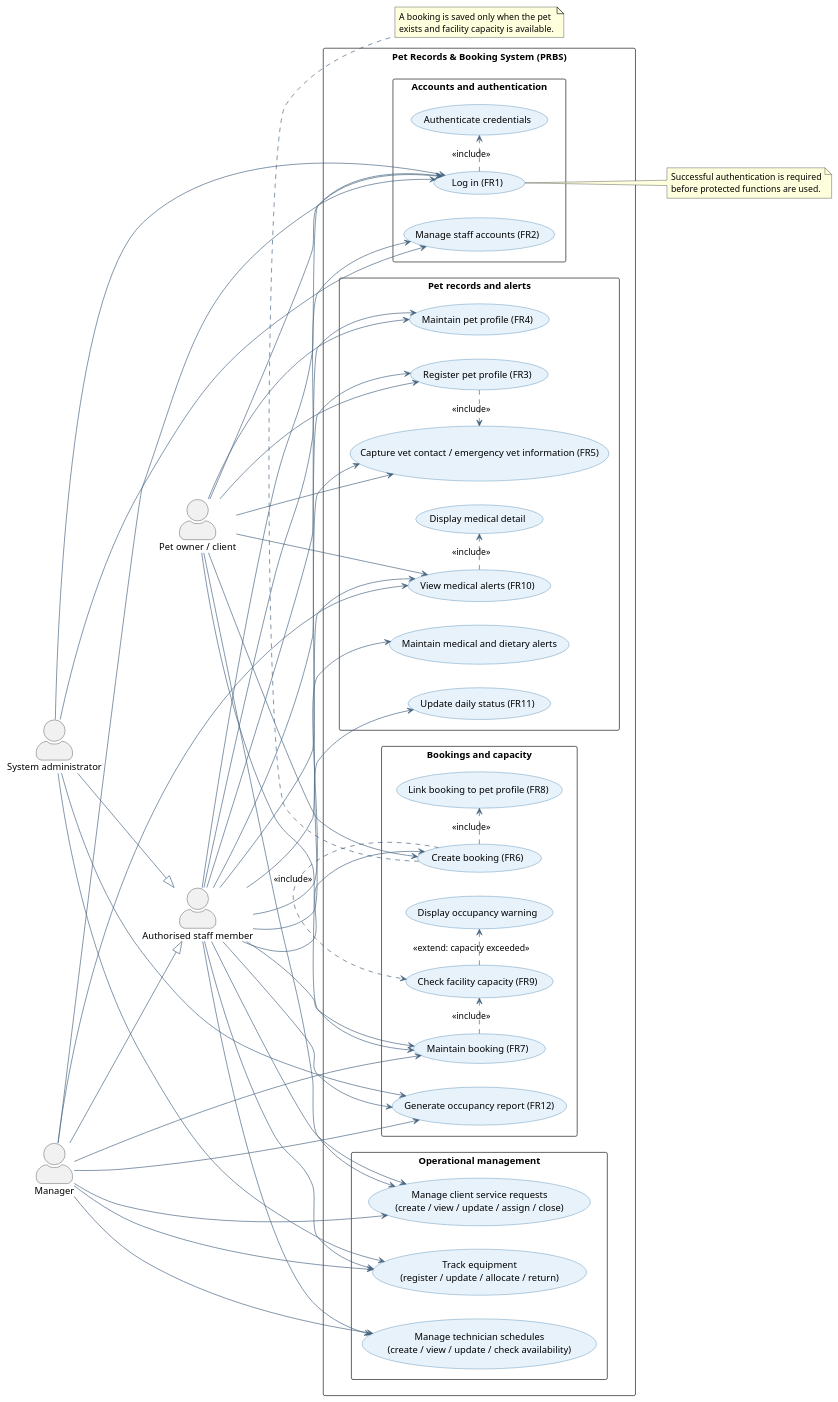
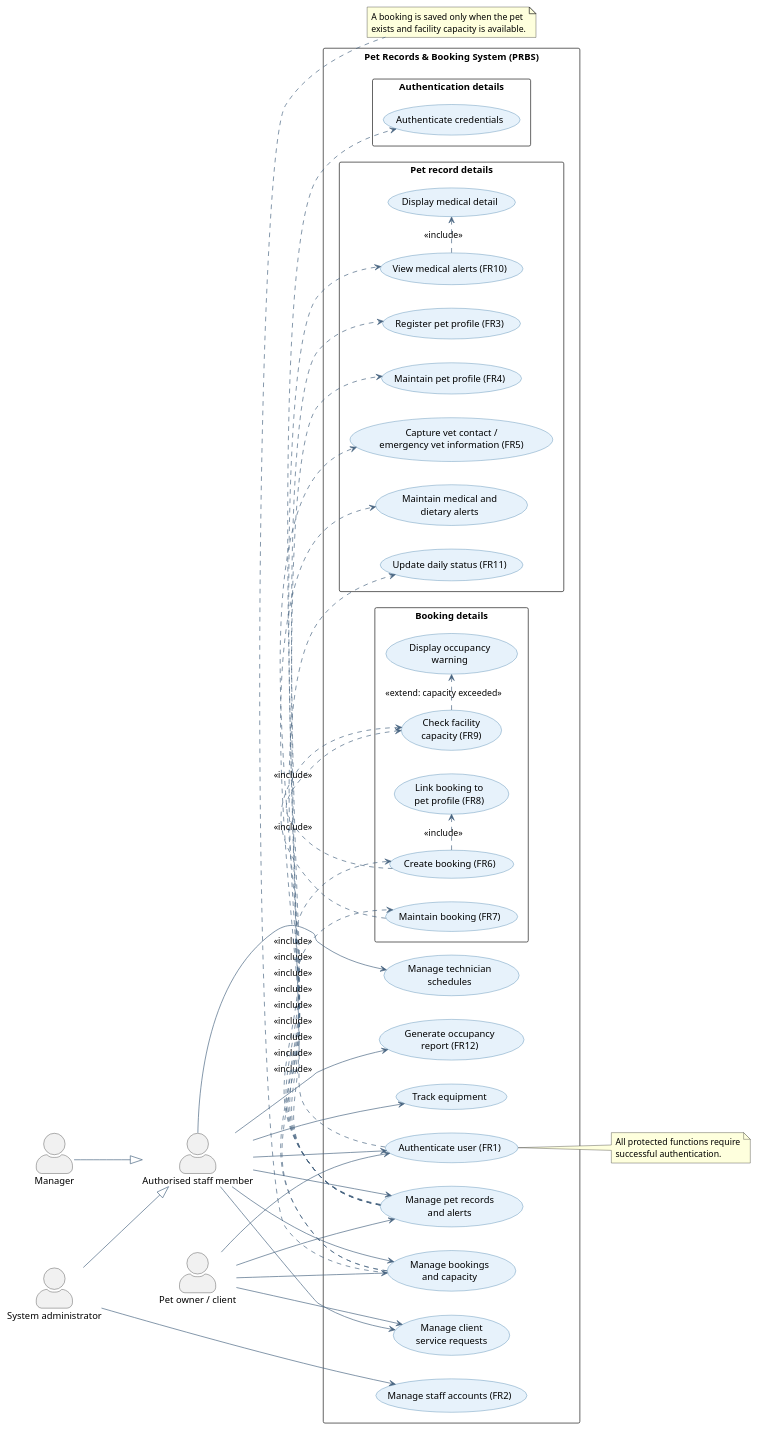
The diagram in docs/prbs-use-case.puml (kk4m0/my_builds), drawn with PlantUML before and after one commit. The commit also changed 1 other file, not shown here.

```diff
--- a/docs/prbs-use-case.puml
+++ b/docs/prbs-use-case.puml
@@ -1,107 +1,92 @@
 @startuml PRBS-Use-Case
 left to right direction
 skinparam packageStyle rectangle
 skinparam shadowing false
 skinparam actorStyle awesome
 skinparam usecase {
   BackgroundColor #E7F2FB
   BorderColor #2B6F9F
   ArrowColor #486581
 }
 
 actor "Authorised staff member" as Staff
 actor "Pet owner / client" as PetOwner
 actor "System administrator" as Admin
 actor "Manager" as Manager
 
 Admin --|> Staff
 Manager --|> Staff
 
 rectangle "Pet Records & Booking System (PRBS)" {
-  package "Accounts and authentication" {
-    usecase "Log in (FR1)" as UC_Login
+  usecase "Authenticate user (FR1)" as UC_Authenticate
+  usecase "Manage staff accounts (FR2)" as UC_StaffManagement
+  usecase "Manage pet records\nand alerts" as UC_PetManagement
+  usecase "Manage bookings\nand capacity" as UC_BookingManagement
+  usecase "Manage client\nservice requests" as UC_RequestManagement
+  usecase "Track equipment" as UC_EquipmentManagement
+  usecase "Manage technician\nschedules" as UC_ScheduleManagement
+  usecase "Generate occupancy\nreport (FR12)" as UC_OccupancyManagement
+
+  package "Authentication details" {
     usecase "Authenticate credentials" as UC_Credentials
-    usecase "Manage staff accounts (FR2)" as UC_StaffAccounts
   }
 
-  package "Pet records and alerts" {
+  package "Pet record details" {
     usecase "Register pet profile (FR3)" as UC_RegisterPet
     usecase "Maintain pet profile (FR4)" as UC_MaintainPet
-    usecase "Capture vet contact / emergency vet information (FR5)" as UC_VetContact
-    usecase "Maintain medical and dietary alerts" as UC_MaintainAlerts
+    usecase "Capture vet contact /\nemergency vet information (FR5)" as UC_VetContact
+    usecase "Maintain medical and\ndietary alerts" as UC_MaintainAlerts
     usecase "View medical alerts (FR10)" as UC_ViewAlerts
     usecase "Display medical detail" as UC_MedicalDetail
     usecase "Update daily status (FR11)" as UC_DailyStatus
   }
 
-  package "Bookings and capacity" {
+  package "Booking details" {
     usecase "Create booking (FR6)" as UC_CreateBooking
     usecase "Maintain booking (FR7)" as UC_MaintainBooking
-    usecase "Link booking to pet profile (FR8)" as UC_LinkPet
-    usecase "Check facility capacity (FR9)" as UC_Capacity
-    usecase "Display occupancy warning" as UC_OccupancyWarning
-    usecase "Generate occupancy report (FR12)" as UC_OccupancyReport
-  }
-
-  package "Operational management" {
-    usecase "Manage client service requests\n(create / view / update / assign / close)" as UC_Requests
-    usecase "Track equipment\n(register / update / allocate / return)" as UC_Equipment
-    usecase "Manage technician schedules\n(create / view / update / check availability)" as UC_Schedules
+    usecase "Link booking to\npet profile (FR8)" as UC_LinkPet
+    usecase "Check facility\ncapacity (FR9)" as UC_Capacity
+    usecase "Display occupancy\nwarning" as UC_OccupancyWarning
   }
 }
 
-Staff --> UC_Login
-Staff --> UC_StaffAccounts
-Staff --> UC_RegisterPet
-Staff --> UC_MaintainPet
-Staff --> UC_VetContact
-Staff --> UC_MaintainAlerts
-Staff --> UC_ViewAlerts
-Staff --> UC_DailyStatus
-Staff --> UC_CreateBooking
-Staff --> UC_MaintainBooking
-Staff --> UC_OccupancyReport
-Staff --> UC_Requests
-Staff --> UC_Equipment
-Staff --> UC_Schedules
+Staff --> UC_Authenticate
+Staff --> UC_PetManagement
+Staff --> UC_BookingManagement
+Staff --> UC_RequestManagement
+Staff --> UC_EquipmentManagement
+Staff --> UC_ScheduleManagement
+Staff --> UC_OccupancyManagement
 
-PetOwner --> UC_Login
-PetOwner --> UC_RegisterPet
-PetOwner --> UC_MaintainPet
-PetOwner --> UC_VetContact
-PetOwner --> UC_CreateBooking
-PetOwner --> UC_MaintainBooking
-PetOwner --> UC_ViewAlerts
-PetOwner --> UC_Requests
+PetOwner --> UC_Authenticate
+PetOwner --> UC_PetManagement
+PetOwner --> UC_BookingManagement
+PetOwner --> UC_RequestManagement
 
-Admin --> UC_Login
-Admin --> UC_StaffAccounts
-Admin --> UC_Equipment
-Admin --> UC_OccupancyReport
+Admin --> UC_StaffManagement
 
-Manager --> UC_Login
-Manager --> UC_ViewAlerts
-Manager --> UC_MaintainBooking
-Manager --> UC_OccupancyReport
-Manager --> UC_Requests
-Manager --> UC_Equipment
-Manager --> UC_Schedules
-
-UC_Login .> UC_Credentials : <<include>>
-UC_RegisterPet .> UC_VetContact : <<include>>
+UC_Authenticate .> UC_Credentials : <<include>>
+UC_PetManagement .> UC_RegisterPet : <<include>>
+UC_PetManagement .> UC_MaintainPet : <<include>>
+UC_PetManagement .> UC_VetContact : <<include>>
+UC_PetManagement .> UC_MaintainAlerts : <<include>>
+UC_PetManagement .> UC_ViewAlerts : <<include>>
+UC_PetManagement .> UC_DailyStatus : <<include>>
+UC_ViewAlerts .> UC_MedicalDetail : <<include>>
+UC_BookingManagement .> UC_CreateBooking : <<include>>
+UC_BookingManagement .> UC_MaintainBooking : <<include>>
 UC_CreateBooking .> UC_LinkPet : <<include>>
 UC_CreateBooking .> UC_Capacity : <<include>>
 UC_MaintainBooking .> UC_Capacity : <<include>>
 UC_Capacity .> UC_OccupancyWarning : <<extend: capacity exceeded>>
-UC_ViewAlerts .> UC_MedicalDetail : <<include>>
 
-note right of UC_Login
-Successful authentication is required
-before protected functions are used.
+note right of UC_Authenticate
+All protected functions require
+successful authentication.
 end note
 
-note bottom of UC_CreateBooking
+note bottom of UC_BookingManagement
 A booking is saved only when the pet
 exists and facility capacity is available.
 end note
 @enduml
```
